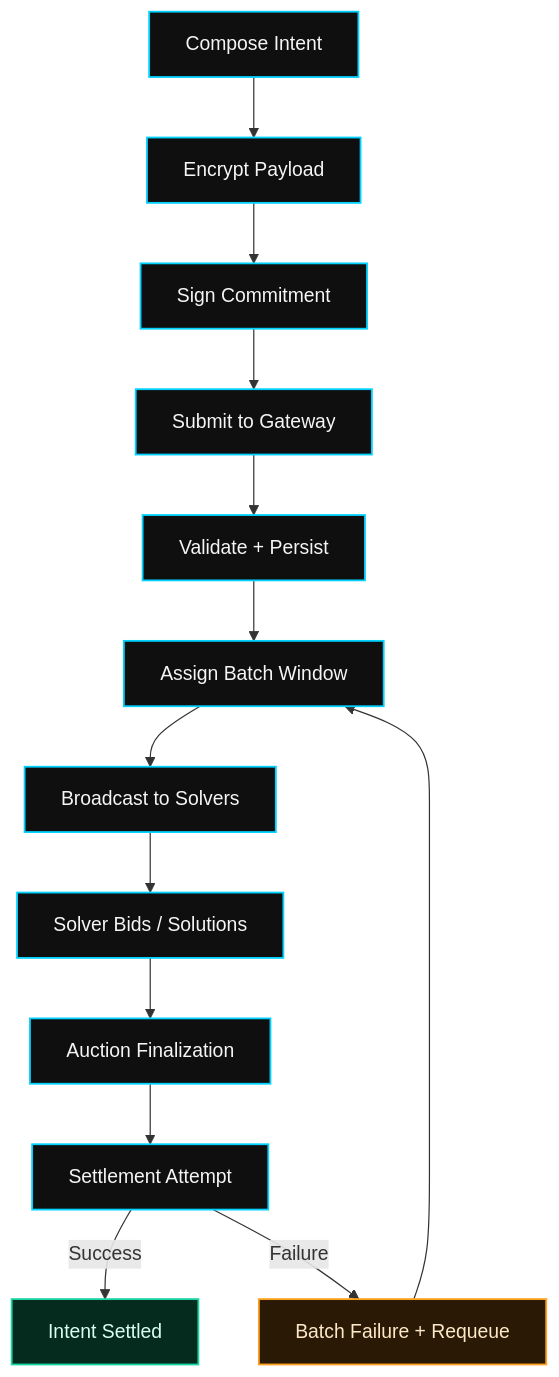
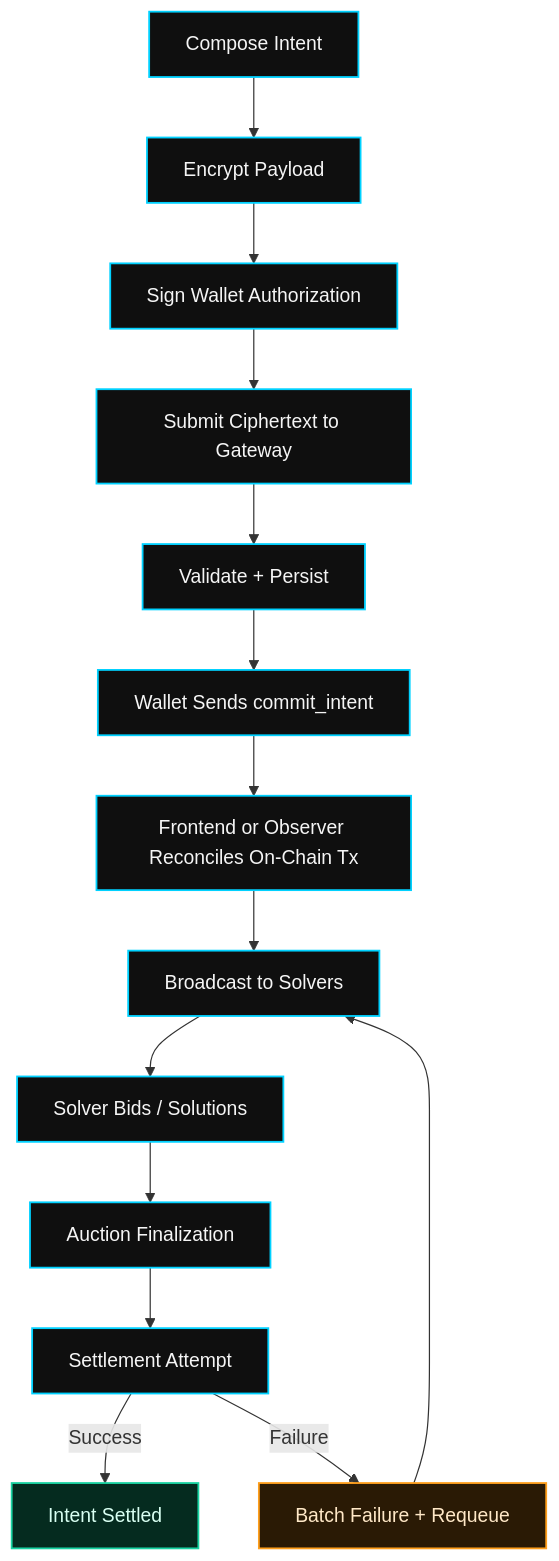
One commit to TheWeirdDee/blindmarkets changed the second of 4 diagrams in README.md. Above: the diagram before and after it, drawn with Mermaid. The commit also changed other lines of this file, not shown here.

````diff
--- a/README.md
+++ b/README.md
@@ -67,22 +74,23 @@
 ```mermaid
 graph TD
   A[Compose Intent] --> B[Encrypt Payload]
-  B --> C[Sign Commitment]
-  C --> D[Submit to Gateway]
+  B --> C[Sign Wallet Authorization]
+  C --> D[Submit Ciphertext to Gateway]
   D --> E[Validate + Persist]
-  E --> F[Assign Batch Window]
-  F --> G[Broadcast to Solvers]
-  G --> H[Solver Bids / Solutions]
-  H --> I[Auction Finalization]
-  I --> J[Settlement Attempt]
-  J -->|Success| K[Intent Settled]
-  J -->|Failure| L[Batch Failure + Requeue]
-  L --> F
+  E --> F[Wallet Sends commit_intent]
+  F --> G[Frontend or Observer Reconciles On-Chain Tx]
+  G --> H[Broadcast to Solvers]
+  H --> I[Solver Bids / Solutions]
+  I --> J[Auction Finalization]
+  J --> K[Settlement Attempt]
+  K -->|Success| L[Intent Settled]
+  K -->|Failure| M[Batch Failure + Requeue]
+  M --> H
 
   classDef stage fill:#0f0f0f,stroke:#00d1ff,stroke-width:1.5px,color:#f5f5f5;
   classDef ok fill:#052b1f,stroke:#19d3a2,stroke-width:1.5px,color:#d9fff2;
   classDef warn fill:#2a1a05,stroke:#ff9f1c,stroke-width:1.5px,color:#ffe8c7;
-  class A,B,C,D,E,F,G,H,I,J stage;
-  class K ok;
-  class L warn;
+  class A,B,C,D,E,F,G,H,I,J,K stage;
+  class L ok;
+  class M warn;
 ```
````
